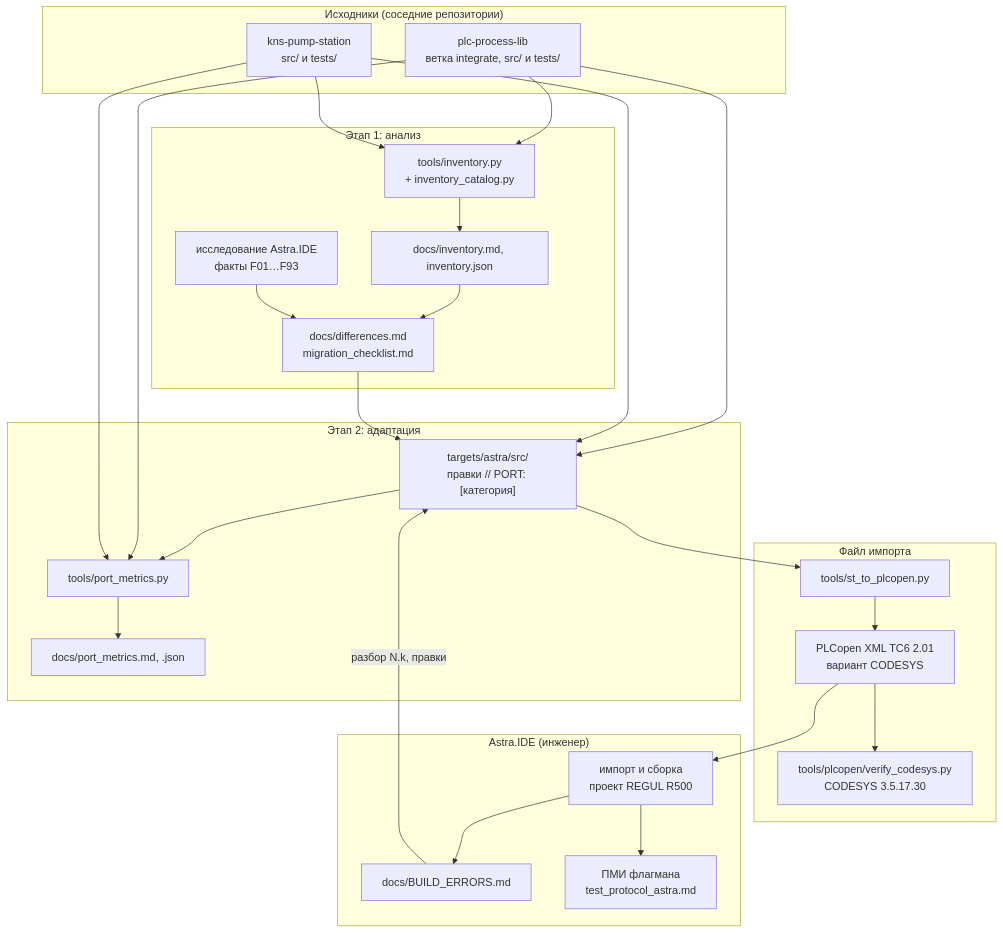
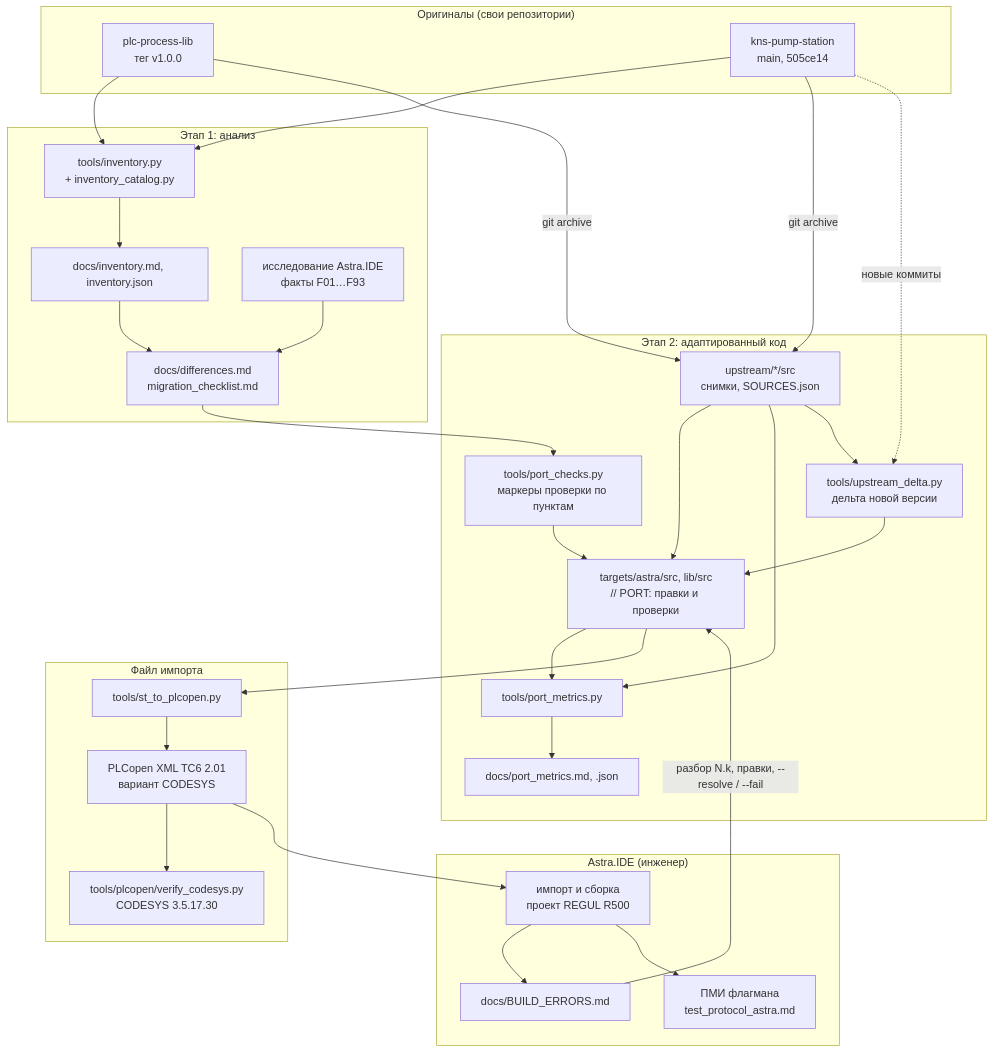
One commit to kr0nsch/kns-port-domestic changed the diagram in docs/ARCHITECTURE.md. Above: the diagram before and after it, drawn with Mermaid. The commit also changed other lines of this file and 1171 other files, not shown here.

````diff
--- a/docs/ARCHITECTURE.md
+++ b/docs/ARCHITECTURE.md
@@ -10,47 +11,52 @@
 ```mermaid
 flowchart TB
-    subgraph src["Исходники (соседние репозитории)"]
-        lib["plc-process-lib<br/>ветка integrate, src/ и tests/"]
-        kns["kns-pump-station<br/>src/ и tests/"]
+    subgraph orig["Оригиналы (свои репозитории)"]
+        lib["plc-process-lib<br/>тег v1.0.0"]
+        kns["kns-pump-station<br/>main, 505ce14"]
     end
 
     subgraph analysis["Этап 1: анализ"]
         inv["tools/inventory.py<br/>+ inventory_catalog.py"]
         invmd["docs/inventory.md, inventory.json"]
         res["исследование Astra.IDE<br/>факты F01…F93"]
         diff["docs/differences.md<br/>migration_checklist.md"]
     end
 
-    subgraph port["Этап 2: адаптация"]
-        astra["targets/astra/src/<br/>правки // PORT: [категория]"]
+    subgraph port["Этап 2: адаптированный код"]
+        up["upstream/*/src<br/>снимки, SOURCES.json"]
+        astra["targets/astra/src, lib/src<br/>// PORT: правки и проверки"]
+        chk["tools/port_checks.py<br/>маркеры проверки по пунктам"]
         pm["tools/port_metrics.py"]
         pmmd["docs/port_metrics.md, .json"]
+        delta["tools/upstream_delta.py<br/>дельта новой версии"]
     end
 
     subgraph xml["Файл импорта"]
         conv["tools/st_to_plcopen.py"]
         file["PLCopen XML TC6 2.01<br/>вариант CODESYS"]
         ver["tools/plcopen/verify_codesys.py<br/>CODESYS 3.5.17.30"]
     end
 
     subgraph ide["Astra.IDE (инженер)"]
         imp["импорт и сборка<br/>проект REGUL R500"]
         be["docs/BUILD_ERRORS.md"]
         pmi["ПМИ флагмана<br/>test_protocol_astra.md"]
     end
 
     lib --> inv
     kns --> inv
     inv --> invmd --> diff
     res --> diff
-    lib --> astra
-    kns --> astra
-    diff --> astra
+    lib -- "git archive" --> up
+    kns -- "git archive" --> up
+    up --> astra
+    diff --> chk --> astra
+    up --> pm
     astra --> pm --> pmmd
-    lib --> pm
-    kns --> pm
+    kns -. "новые коммиты" .-> delta
+    up --> delta --> astra
     astra --> conv --> file
     file --> ver
-    file --> imp --> be -- "разбор N.k, правки" --> astra
+    file --> imp --> be -- "разбор N.k, правки, --resolve / --fail" --> astra
     imp --> pmi
 ```
````
